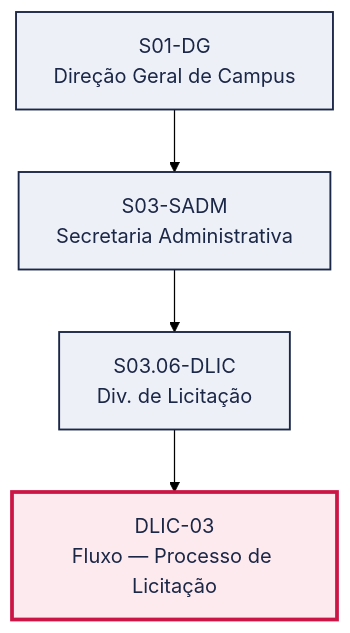
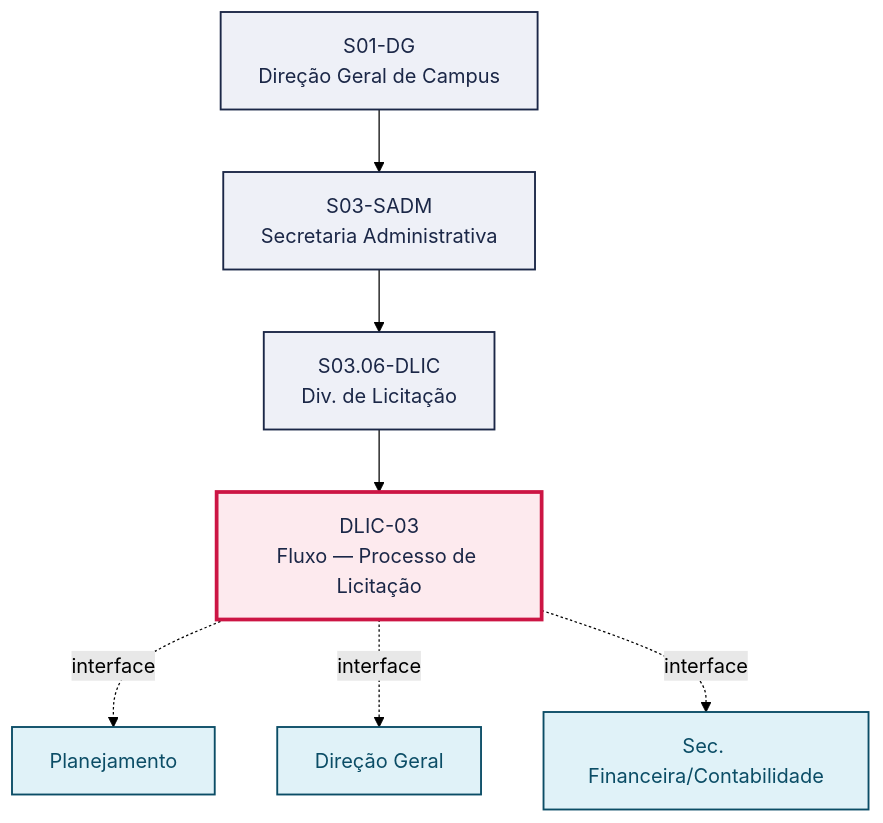
Before and after one commit to jessefers/canvas-vivo-atdg: the first of 2 diagrams in pops/DLIC/DLIC-03.md, drawn with Mermaid (forest theme). The commit also changed other lines of this file and 9 other files, not shown here.

````diff
--- a/pops/DLIC/DLIC-03.md
+++ b/pops/DLIC/DLIC-03.md
@@ -49,15 +52,22 @@
 ```mermaid
 graph TD
   S01_DG["S01-DG<br/>Direção Geral de Campus"]
   S03_SADM["S03-SADM<br/>Secretaria Administrativa"]
   S01_DG --> S03_SADM
   S03_06_DLIC["S03.06-DLIC<br/>Div. de Licitação"]
   S03_SADM --> S03_06_DLIC
   P["DLIC-03<br/>Fluxo — Processo de Licitação"]
   S03_06_DLIC --> P
+  V1["Planejamento"]
+  P -. interface .-> V1
+  V2["Direção Geral"]
+  P -. interface .-> V2
+  V3["Sec. Financeira/Contabilidade"]
+  P -. interface .-> V3
   classDef setor fill:#EEF0F7,stroke:#1B2747,stroke-width:1.5px,color:#1B2747
   classDef destaque fill:#FDEAEE,stroke:#CC1544,stroke-width:3px,color:#1B2747
   classDef vizinho fill:#E0F2F8,stroke:#0B4D66,stroke-width:1.5px,color:#0B4D66
   class S01_DG,S03_SADM,S03_06_DLIC setor
   class P destaque
+  class V1,V2,V3 vizinho
 ```
````
